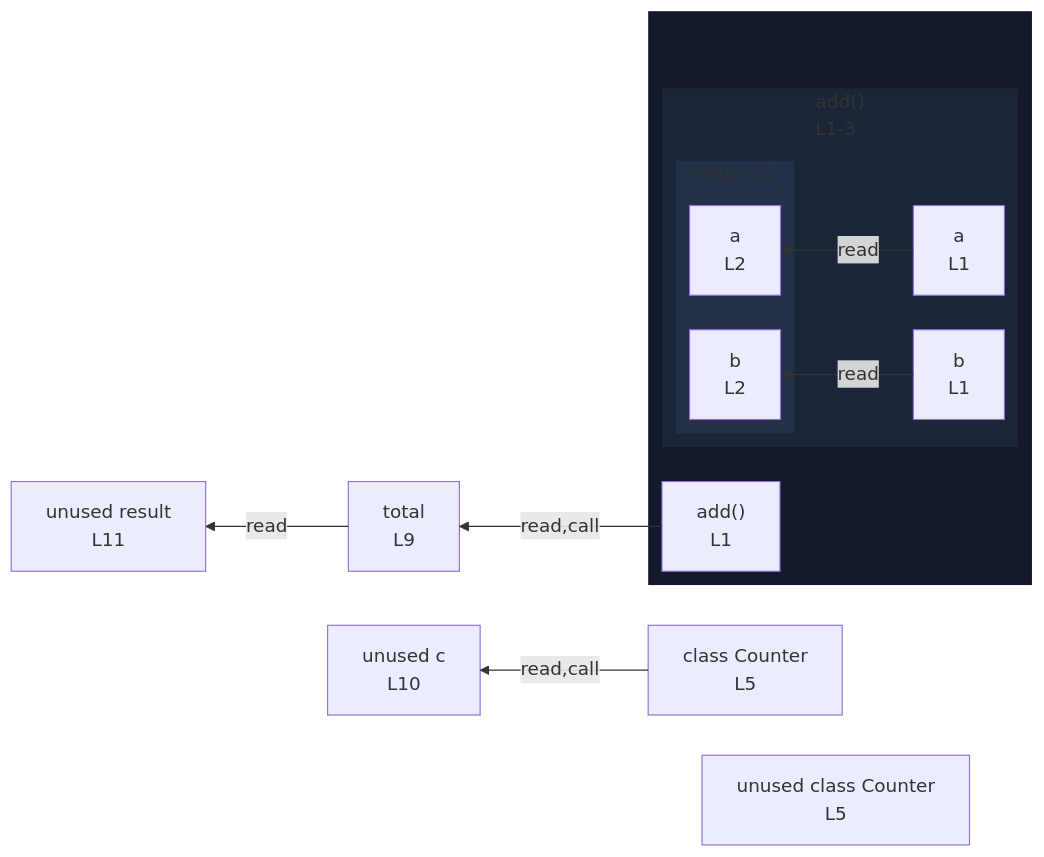
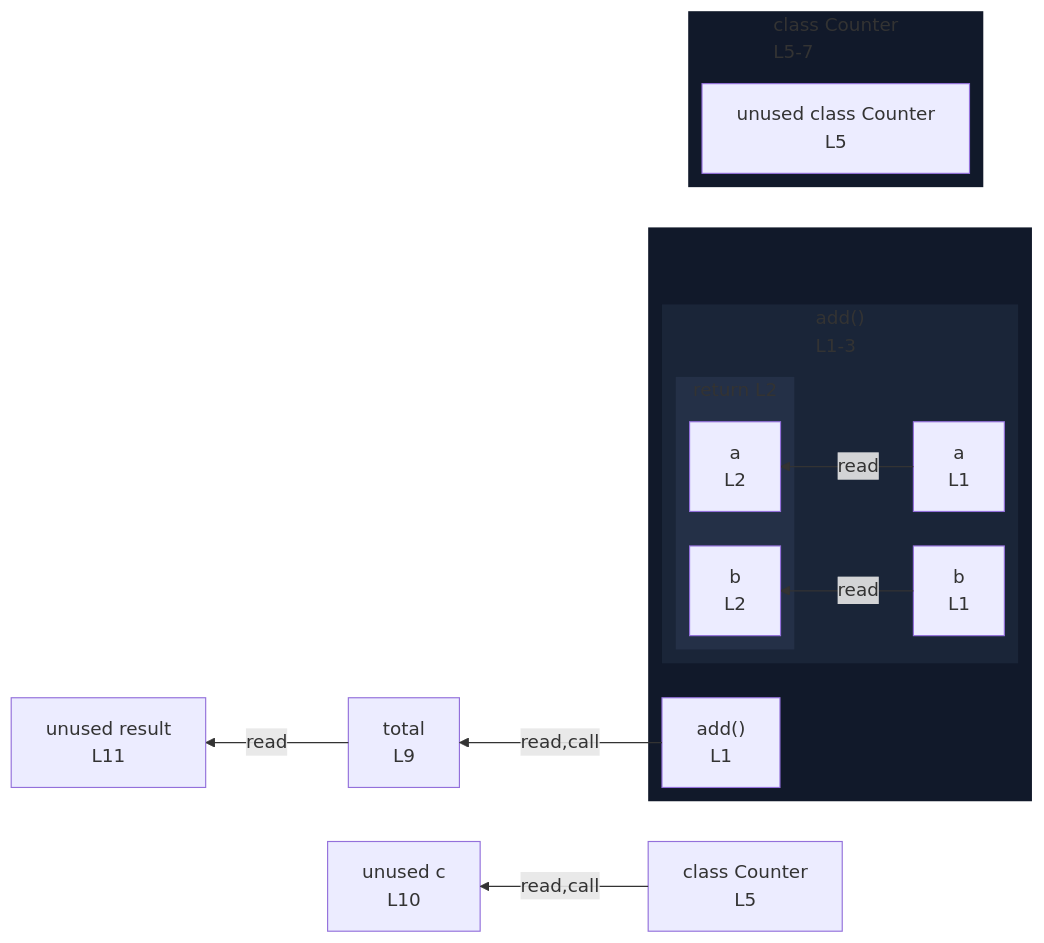
The diagram in integration/fixtures/class/declaration/with-function-sibling/preview.md (crescware/unsnarl), drawn with Mermaid before and after one commit. The commit also changed 103 other files, not shown here.

````diff
--- a/integration/fixtures/class/declaration/with-function-sibling/preview.md
+++ b/integration/fixtures/class/declaration/with-function-sibling/preview.md
@@ -21,34 +21,38 @@
 ```mermaid
 %%{init: {"flowchart": {"defaultRenderer": "elk"}}}%%
 flowchart RL
   n_scope_0_Counter_62["class Counter<br/>L5"]
   n_scope_0_total_94["total<br/>L9"]
   n_scope_0_c_119["unused c<br/>L10"]
   n_scope_0_result_144["unused result<br/>L11"]
-  n_scope_2_Counter_62["unused class Counter<br/>L5"]
   subgraph wrap_s_scope_1[" "]
     direction TB
     n_scope_0_add_9["add()<br/>L1"]
     subgraph s_scope_1["add()<br/>L1-3"]
       direction RL
       n_scope_1_a_13["a<br/>L1"]
       n_scope_1_b_24["b<br/>L1"]
       subgraph s_return_scope_0_add_9_39_52["return L2"]
         direction RL
         ret_use_ref_0["a<br/>L2"]
         ret_use_ref_1["b<br/>L2"]
       end
     end
   end
+  subgraph s_scope_2["class Counter<br/>L5-7"]
+    direction RL
+    n_scope_2_Counter_62["unused class Counter<br/>L5"]
+  end
   n_scope_1_a_13 -->|read| ret_use_ref_0
   n_scope_1_b_24 -->|read| ret_use_ref_1
   n_scope_0_add_9 -->|read,call| n_scope_0_total_94
   n_scope_0_Counter_62 -->|read,call| n_scope_0_c_119
   n_scope_0_total_94 -->|read| n_scope_0_result_144
   classDef nestL1 fill:#11192a,stroke:transparent;
   class wrap_s_scope_1 nestL1;
+  class s_scope_2 nestL1;
   classDef nestL2 fill:#1a2538,stroke:transparent;
   class s_scope_1 nestL2;
   classDef nestL3 fill:#243047,stroke:transparent;
   class s_return_scope_0_add_9_39_52 nestL3;
 ```
````
